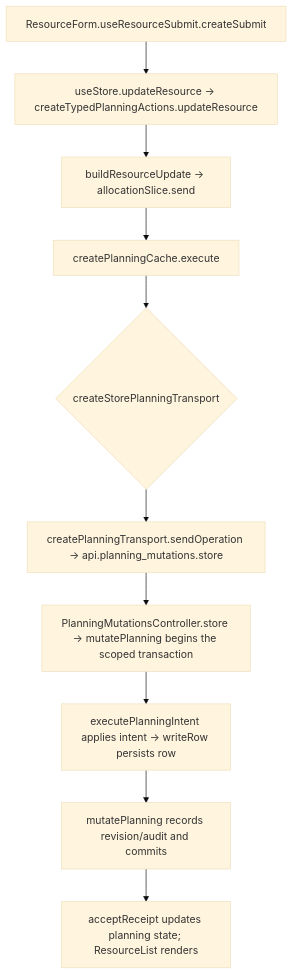
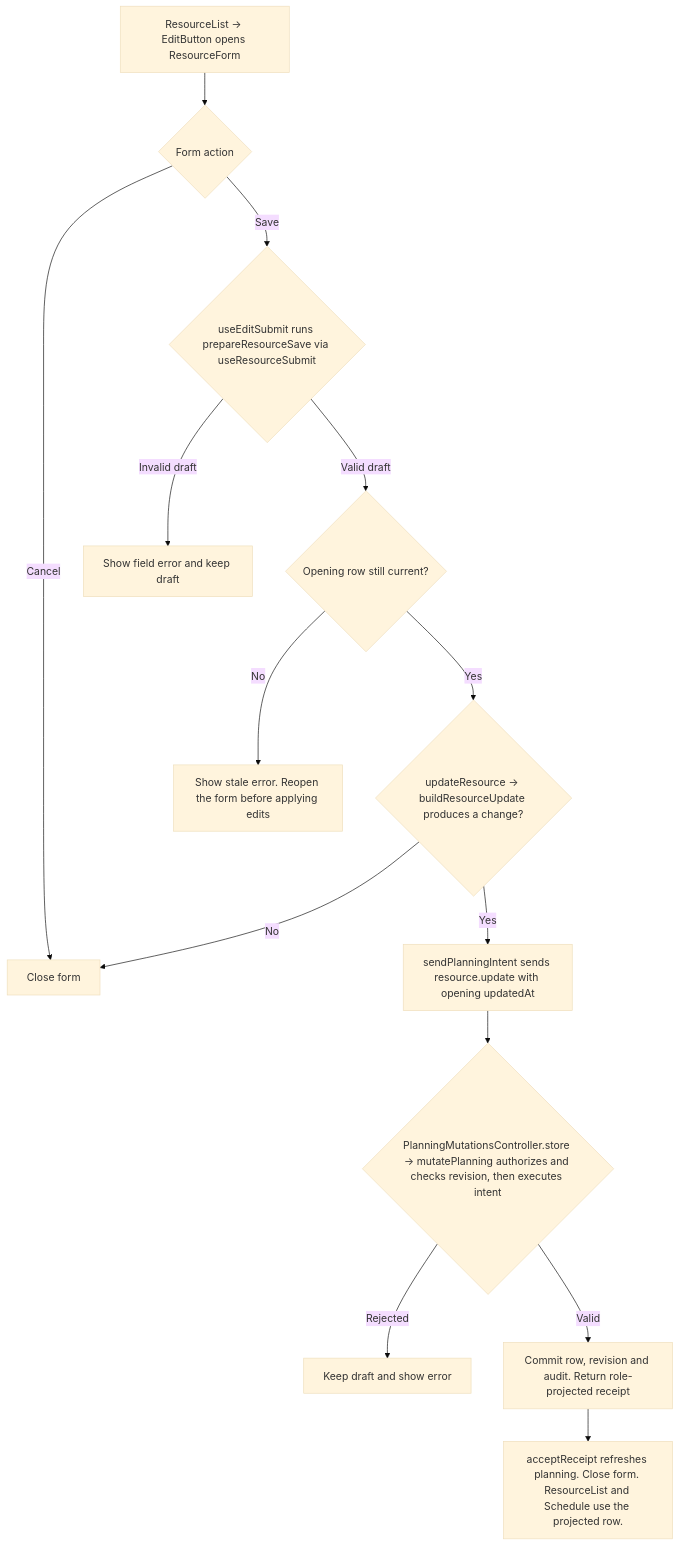
The second of 2 diagrams in user-stories/resources/US-RES-03-edit-resource.md (Kevinjohn/capacitylens), drawn with Mermaid (base theme) before and after one commit. The commit also changed other lines of this file and 172 other files, not shown here.

Commit message:
docs: reconcile user story code flows with source

````diff
--- a/user-stories/resources/US-RES-03-edit-resource.md
+++ b/user-stories/resources/US-RES-03-edit-resource.md
@@ -39,8 +39,16 @@
 ```mermaid
 flowchart TD
-  A["ResourceForm.useResourceSubmit.createSubmit"] --> B["useStore.updateResource → createTypedPlanningActions.updateResource"]
-  B --> C["buildResourceUpdate → allocationSlice.send"]
-  C --> D["createPlanningCache.execute"] --> E{"createStorePlanningTransport"}
-  E --> F["createPlanningTransport.sendOperation → api.planning_mutations.store"] --> G["PlanningMutationsController.store → mutatePlanning begins the scoped transaction"]
-  G --> H["executePlanningIntent applies intent → writeRow persists row"] --> K["mutatePlanning records revision/audit and commits"] --> J["acceptReceipt updates planning state; ResourceList renders"]
+  ENTRY["ResourceList → EditButton opens ResourceForm"] --> ACTION{"Form action"}
+  ACTION -->|Cancel| CLOSE["Close form"]
+  ACTION -->|Save| FORM{"useEditSubmit runs prepareResourceSave via useResourceSubmit"}
+  FORM -->|Invalid draft| FIELD["Show field error and keep draft"]
+  FORM -->|Valid draft| STALE{"Opening row still current?"}
+  STALE -->|No| REOPEN["Show stale error. Reopen the form before applying edits"]
+  STALE -->|Yes| DIFF{"updateResource → buildResourceUpdate produces a change?"}
+  DIFF -->|No| CLOSE
+  DIFF -->|Yes| SEND["sendPlanningIntent sends resource.update with opening updatedAt"]
+  SEND --> SERVER{"PlanningMutationsController.store → mutatePlanning authorizes and checks revision, then executes intent"}
+  SERVER -->|Rejected| ERROR["Keep draft and show error"]
+  SERVER -->|Valid| COMMIT["Commit row, revision and audit. Return role-projected receipt"]
+  COMMIT --> DONE["acceptReceipt refreshes planning. Close form. ResourceList and Schedule use the projected row."]
 ```
````
